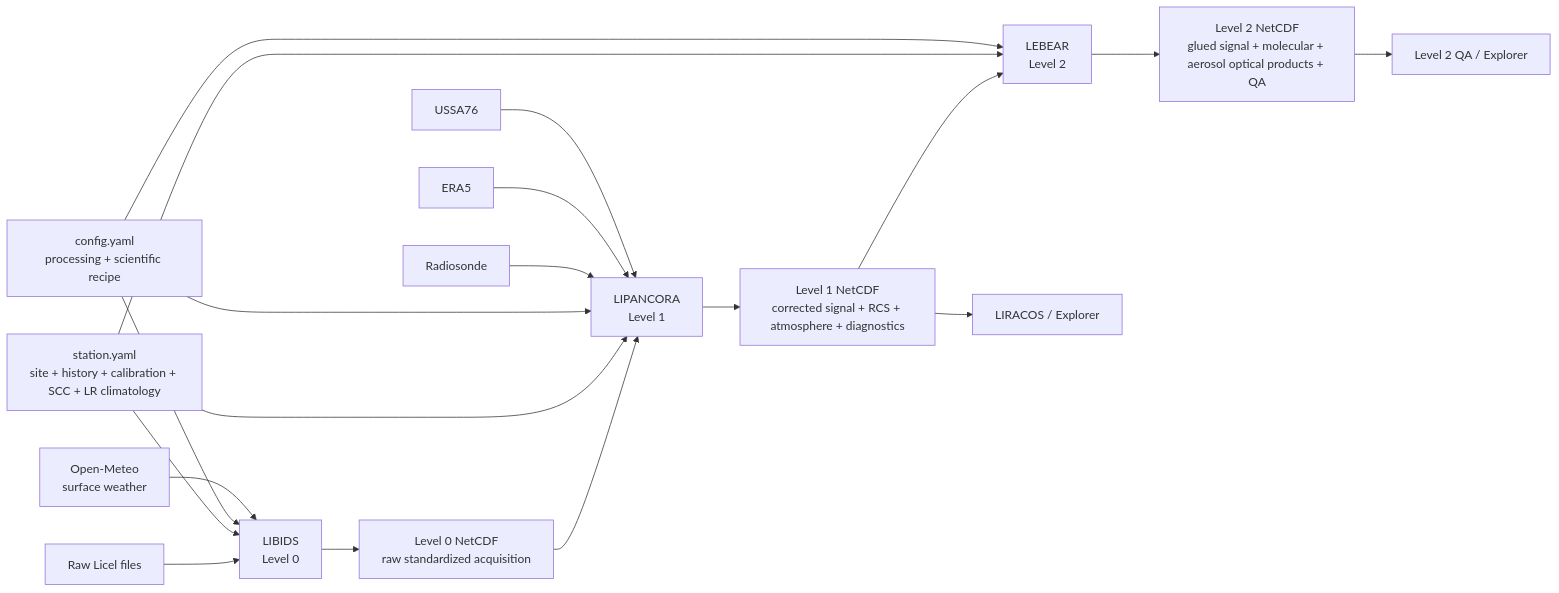
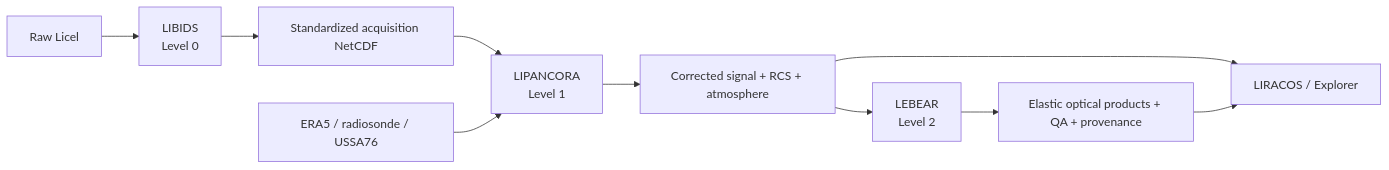
Before and after one commit to spulidar/milgrau: the diagram in README.md, drawn with Mermaid. The commit also changed other lines of this file, not shown here.

````diff
--- a/README.md
+++ b/README.md
@@ -43,24 +13,12 @@
 ```mermaid
 flowchart LR
-    A[Raw Licel files] --> L0[LIBIDS\nLevel 0]
-    S[station.yaml\nsite + history + calibration + SCC + LR climatology] --> L0
-    C[config.yaml\nprocessing + scientific recipe] --> L0
-    W[Open-Meteo\nsurface weather] --> L0
-
-    L0 --> N0[Level 0 NetCDF\nraw standardized acquisition]
+    R[Raw Licel] --> L0[LIBIDS\nLevel 0]
+    L0 --> N0[Standardized acquisition NetCDF]
     N0 --> L1[LIPANCORA\nLevel 1]
-    S --> L1
-    C --> L1
-    R[Radiosonde] --> L1
-    E[ERA5] --> L1
-    U[USSA76] --> L1
-
-    L1 --> N1[Level 1 NetCDF\ncorrected signal + RCS + atmosphere + diagnostics]
+    M[ERA5 / radiosonde / USSA76] --> L1
+    L1 --> N1[Corrected signal + RCS + atmosphere]
     N1 --> L2[LEBEAR\nLevel 2]
-    S --> L2
-    C --> L2
-
-    L2 --> N2[Level 2 NetCDF\nglued signal + molecular + aerosol optical products + QA]
+    L2 --> N2[Elastic optical products + QA + provenance]
     N1 --> V[LIRACOS / Explorer]
-    N2 --> Q[Level 2 QA / Explorer]
+    N2 --> V
 ```
````
